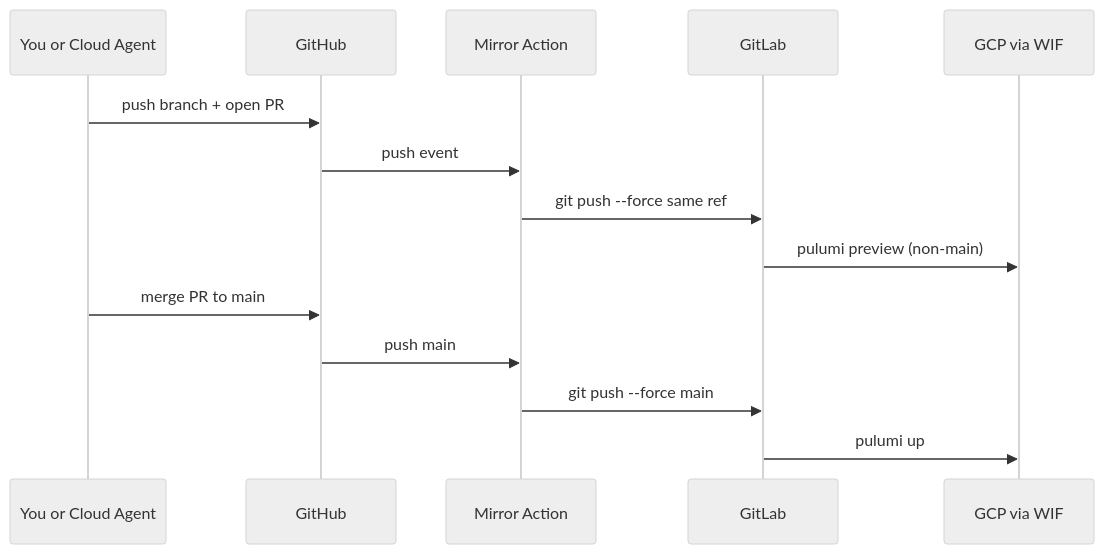
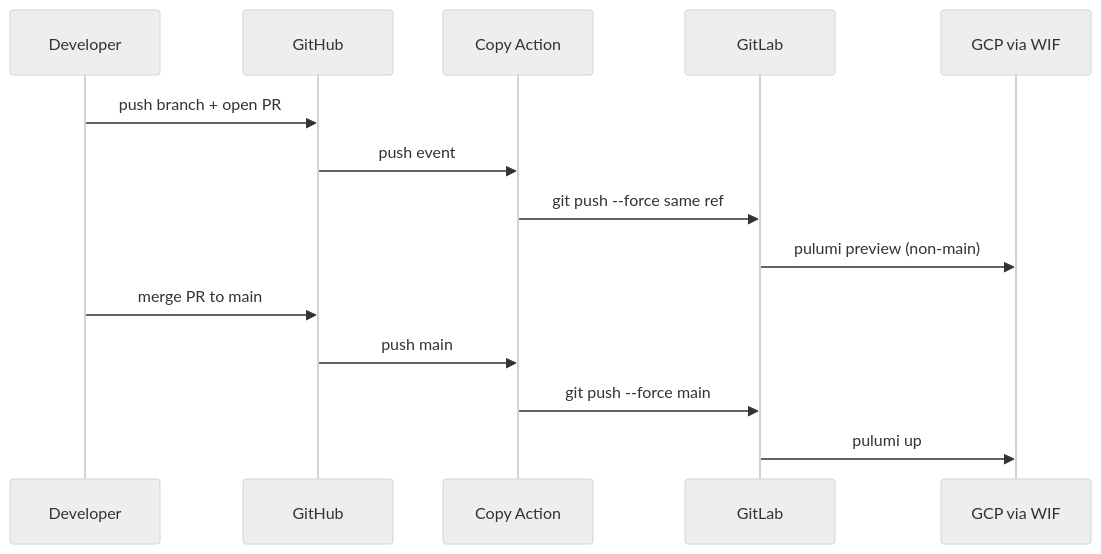
One commit to michaelsolla/pulumi-cloud-solla-resume changed the second of 3 diagrams in docs/FORGES.md. Above: the diagram before and after it, drawn with Mermaid (neutral theme). The commit also changed other lines of this file and 13 other files, not shown here.

````diff
--- a/docs/FORGES.md
+++ b/docs/FORGES.md
@@ -58,17 +56,17 @@
 ```mermaid
 sequenceDiagram
-  participant Dev as You or Cloud Agent
+  participant Dev as Developer
   participant GH as GitHub
-  participant GHA as Mirror Action
+  participant GHA as Copy Action
   participant GL as GitLab
   participant GCP as GCP via WIF
 
   Dev->>GH: push branch + open PR
   GH->>GHA: push event
   GHA->>GL: git push --force same ref
   GL->>GCP: pulumi preview (non-main)
   Dev->>GH: merge PR to main
   GH->>GHA: push main
   GHA->>GL: git push --force main
   GL->>GCP: pulumi up
 ```
````
